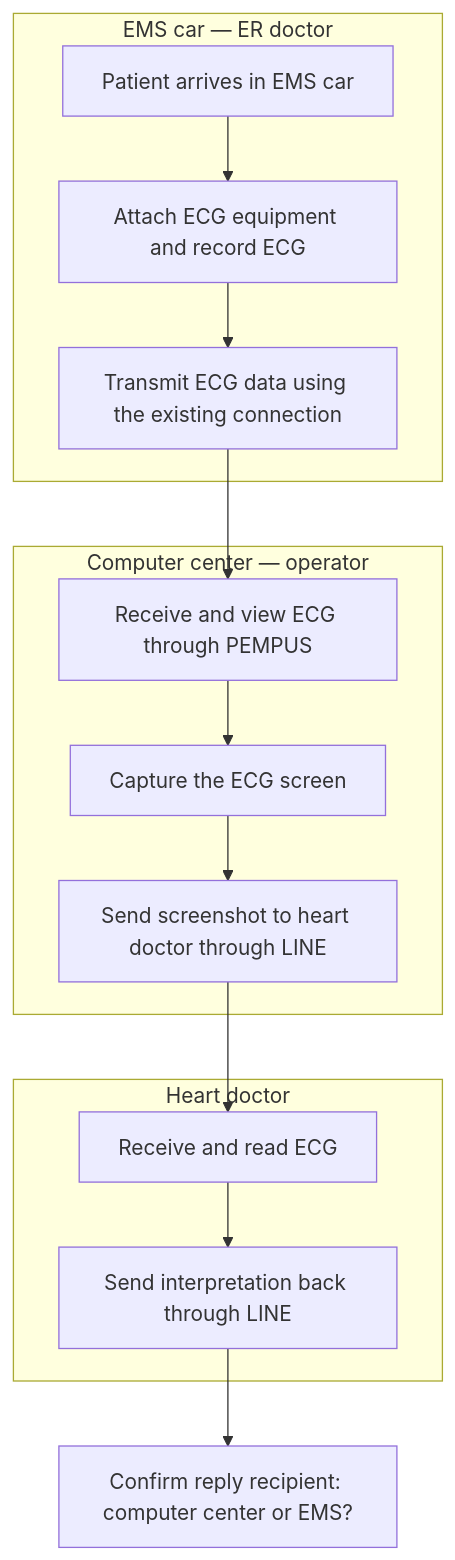
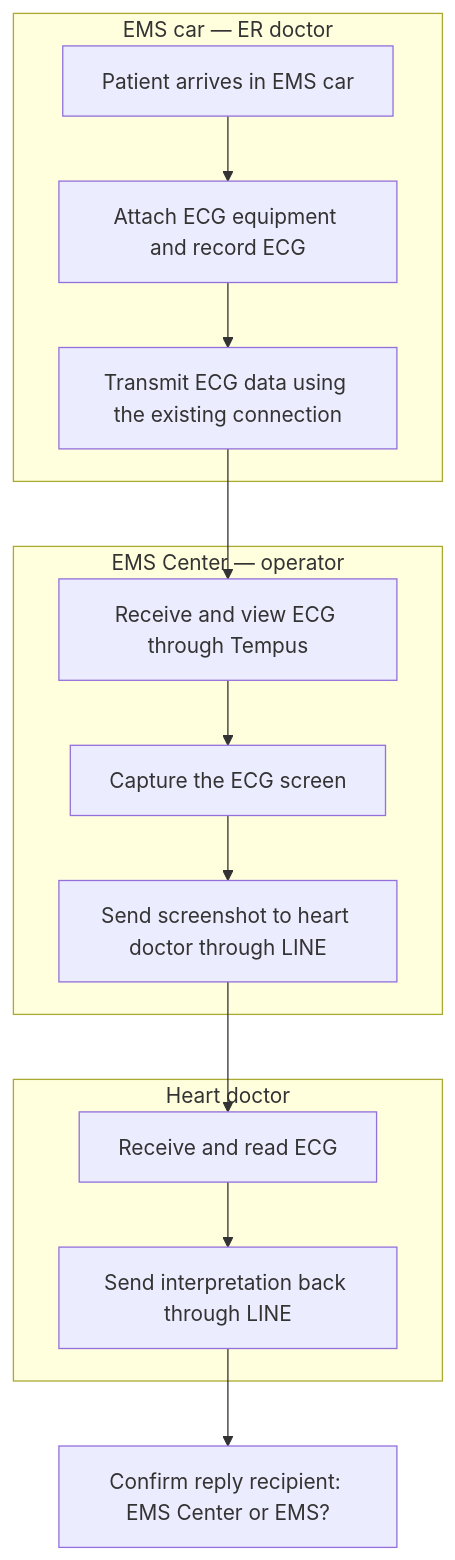
Before and after one commit to Bearior/EKG-user-journey: the first of 2 diagrams in docs/user-journey.md, drawn with Mermaid. The commit also changed other lines of this file and 15 other files, not shown here.

````diff
--- a/docs/user-journey.md
+++ b/docs/user-journey.md
@@ -17,17 +19,17 @@
 ```mermaid
 flowchart TB
     subgraph EMS["EMS car — ER doctor"]
         E1["Patient arrives in EMS car"] --> E2["Attach ECG equipment and record ECG"]
         E2 --> E3["Transmit ECG data using the existing connection"]
     end
-    subgraph CENTER["Computer center — operator"]
-        C1["Receive and view ECG through PEMPUS"] --> C2["Capture the ECG screen"]
+    subgraph CENTER["EMS Center — operator"]
+        C1["Receive and view ECG through Tempus"] --> C2["Capture the ECG screen"]
         C2 --> C3["Send screenshot to heart doctor through LINE"]
     end
     subgraph DOCTOR["Heart doctor"]
         D1["Receive and read ECG"] --> D2["Send interpretation back through LINE"]
     end
     E3 --> C1
     C3 --> D1
-    D2 --> Q["Confirm reply recipient: computer center or EMS?"]
+    D2 --> Q["Confirm reply recipient: EMS Center or EMS?"]
 ```
````
